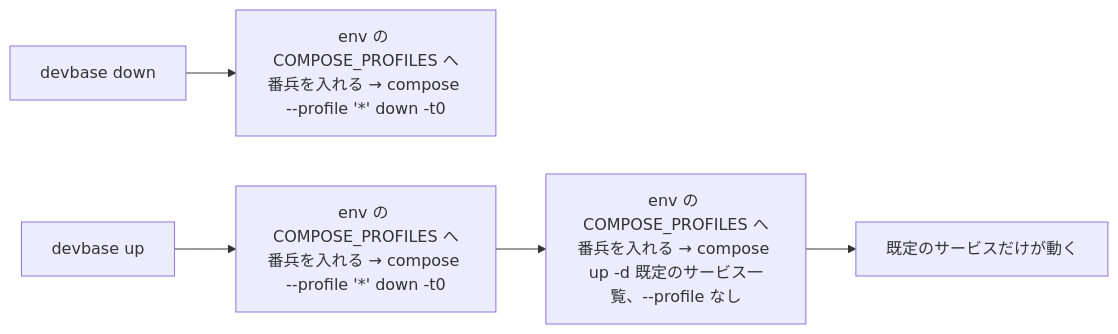
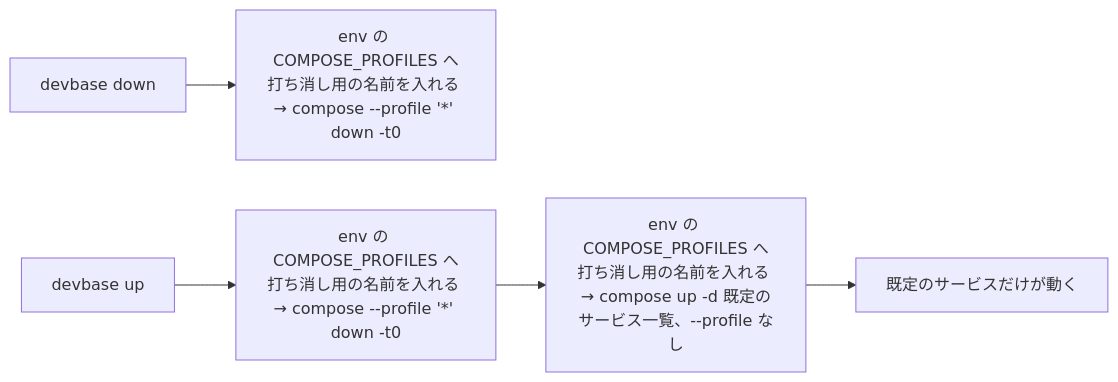
Before and after one commit to devbasex/devbase: the sixth of 6 diagrams in issues/PLAN58_compose-profiles-design.md, drawn with Mermaid. The commit also changed other lines of this file and 2 other files, not shown here.

````diff
--- a/issues/PLAN58_compose-profiles-design.md
+++ b/issues/PLAN58_compose-profiles-design.md
@@ -320,7 +320,7 @@
 ```mermaid
 graph LR
-    A[devbase down] --> B["env の COMPOSE_PROFILES へ番兵を入れる → compose --profile '*' down -t0"]
-    C[devbase up] --> D["env の COMPOSE_PROFILES へ番兵を入れる → compose --profile '*' down -t0"]
-    D --> E["env の COMPOSE_PROFILES へ番兵を入れる → compose up -d 既定のサービス一覧、--profile なし"]
+    A[devbase down] --> B["env の COMPOSE_PROFILES へ打ち消し用の名前を入れる → compose --profile '*' down -t0"]
+    C[devbase up] --> D["env の COMPOSE_PROFILES へ打ち消し用の名前を入れる → compose --profile '*' down -t0"]
+    D --> E["env の COMPOSE_PROFILES へ打ち消し用の名前を入れる → compose up -d 既定のサービス一覧、--profile なし"]
     E --> F[既定のサービスだけが動く]
 ```
````
